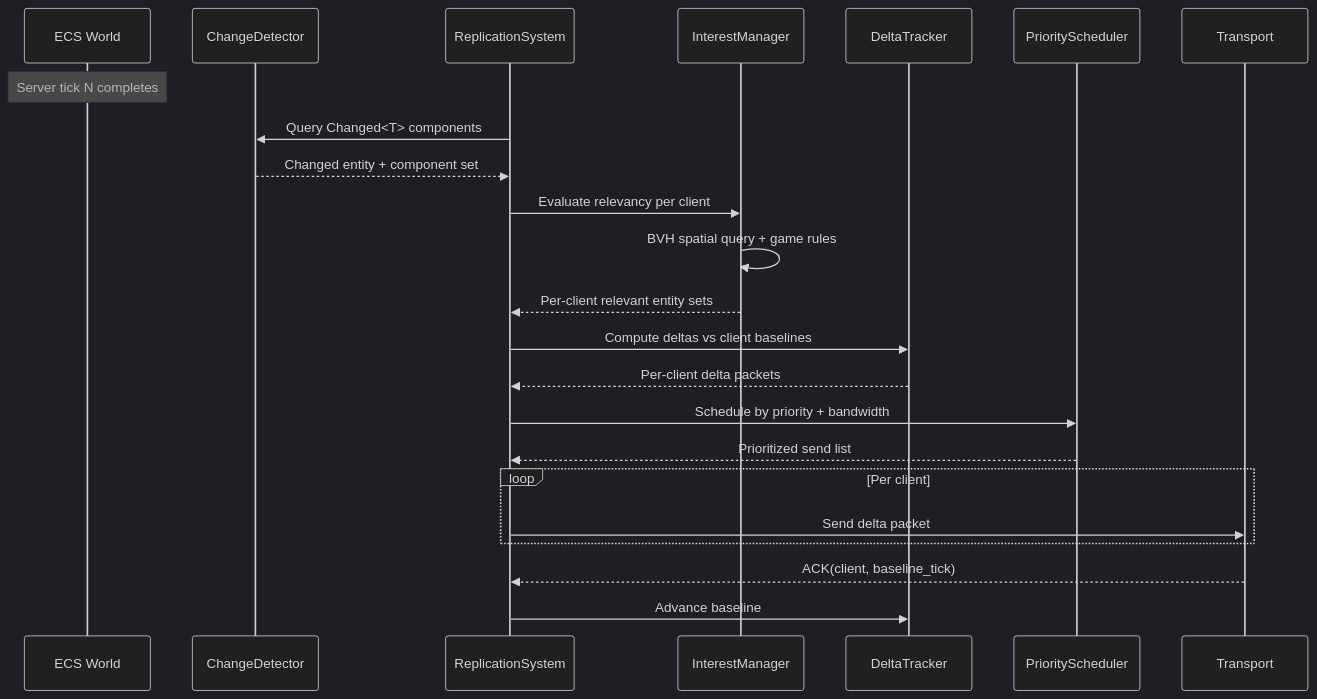
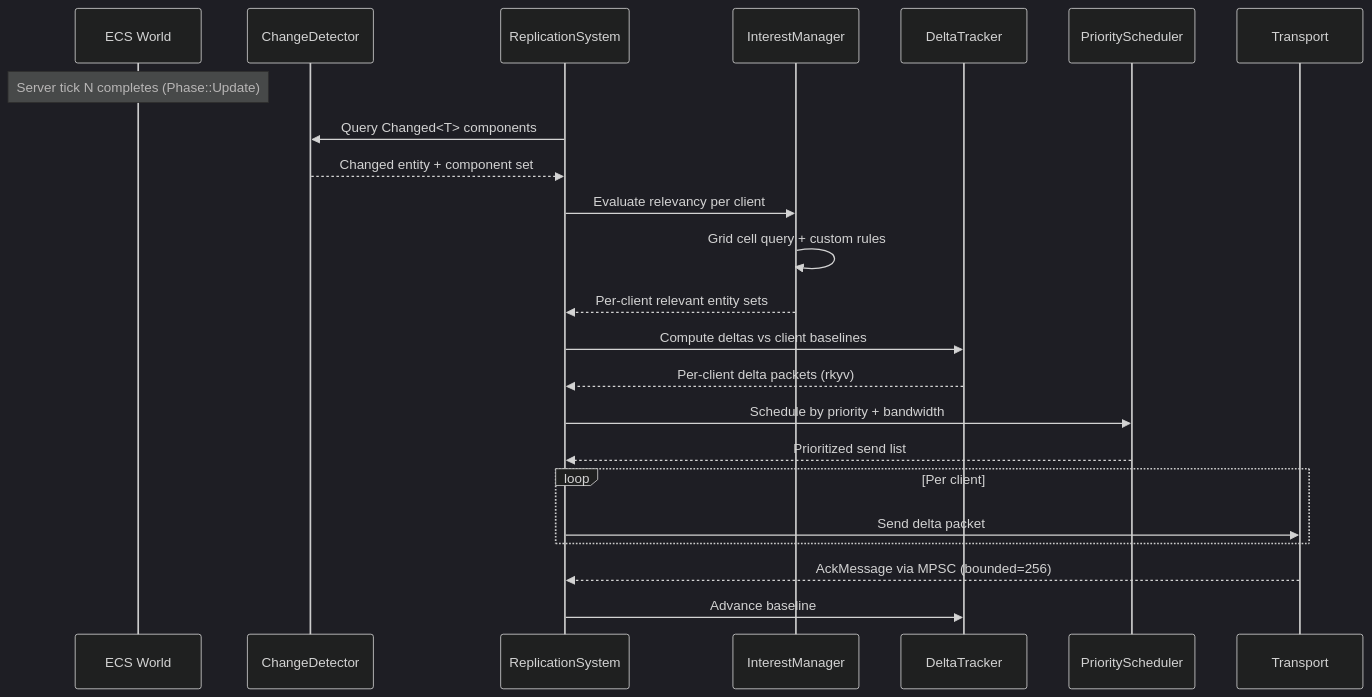
Before and after one commit to harmonius-dev/harmonius: the second of 3 diagrams in docs/design/integration/networking-ecs.md, drawn with Mermaid (dark theme). The commit also changed other lines of this file and 109 other files, not shown here.

````diff
--- a/docs/design/integration/networking-ecs.md
+++ b/docs/design/integration/networking-ecs.md
@@ -270,28 +570,28 @@
 ```mermaid
 sequenceDiagram
     participant ECS as ECS World
     participant CD as ChangeDetector
     participant RS as ReplicationSystem
     participant IM as InterestManager
     participant DT as DeltaTracker
     participant PS as PriorityScheduler
     participant TR as Transport
 
-    Note over ECS: Server tick N completes
+    Note over ECS: Server tick N completes (Phase::Update)
     RS->>CD: Query Changed<T> components
     CD-->>RS: Changed entity + component set
     RS->>IM: Evaluate relevancy per client
-    IM->>IM: BVH spatial query + game rules
+    IM->>IM: Grid cell query + custom rules
     IM-->>RS: Per-client relevant entity sets
     RS->>DT: Compute deltas vs client baselines
-    DT-->>RS: Per-client delta packets
+    DT-->>RS: Per-client delta packets (rkyv)
     RS->>PS: Schedule by priority + bandwidth
     PS-->>RS: Prioritized send list
 
     loop Per client
         RS->>TR: Send delta packet
     end
 
-    TR-->>RS: ACK(client, baseline_tick)
+    TR-->>RS: AckMessage via MPSC (bounded=256)
     RS->>DT: Advance baseline
 ```
````
